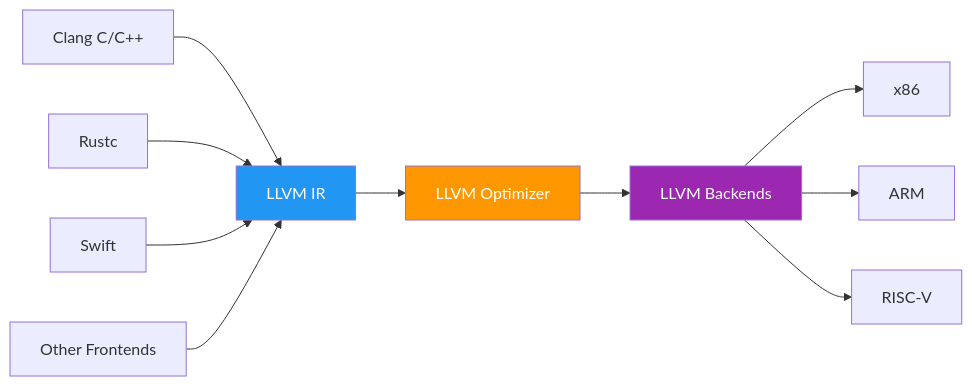
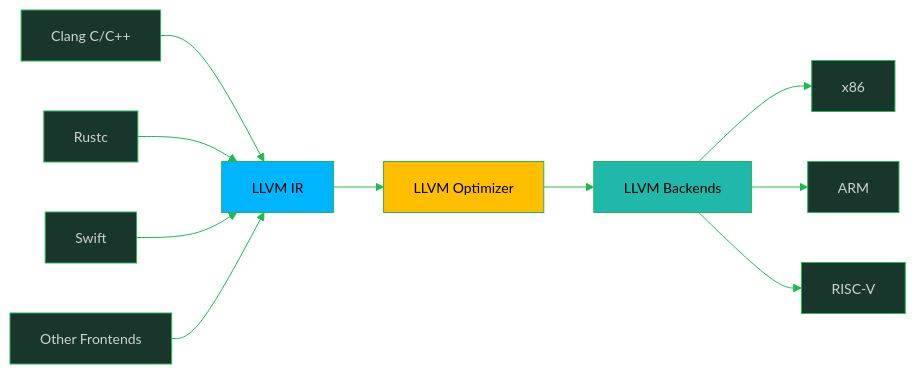
One commit to oat431/swe-knowledge changed the second of 2 diagrams in computing-foundation-note/Programming Language Theory/08_Compiler_Design.md. Above: the diagram before and after it, drawn with Mermaid. The commit also changed other lines of this file and 139 other files, not shown here.

````diff
--- a/computing-foundation-note/Programming Language Theory/08_Compiler_Design.md
+++ b/computing-foundation-note/Programming Language Theory/08_Compiler_Design.md
@@ -86,16 +88,17 @@
 ```mermaid
+%%{init: {'theme':'base','themeVariables':{'primaryColor':'#19362D','primaryTextColor':'#CDD3D1','primaryBorderColor':'#1FB854','lineColor':'#1FB854','secondaryColor':'#161212','tertiaryColor':'#1B1717','background':'#1B1717','mainBkg':'#19362D','nodeBorder':'#1FB854','clusterBkg':'#161212','clusterBorder':'#19362D','titleColor':'#1FB854','edgeLabelBackground':'#161212','fontSize':'14px'}}}%%
 flowchart LR
     CLANG[Clang C/C++] --> IR[LLVM IR]
     RUSTC[Rustc] --> IR
     SWIFT[Swift] --> IR
     OTHER[Other Frontends] --> IR
     IR --> OPT2[LLVM Optimizer]
     OPT2 --> BE[LLVM Backends]
     BE --> X86[x86]
     BE --> ARM[ARM]
     BE --> RISC[RISC-V]
 
-    style IR fill:#2196F3,color:#fff
-    style OPT2 fill:#FF9800,color:#fff
-    style BE fill:#9C27B0,color:#fff
+    style IR fill:#00B5FF,color:#000000
+    style OPT2 fill:#FFBE00,color:#000000
+    style BE fill:#1FB8AB,color:#000000
 ```
````
